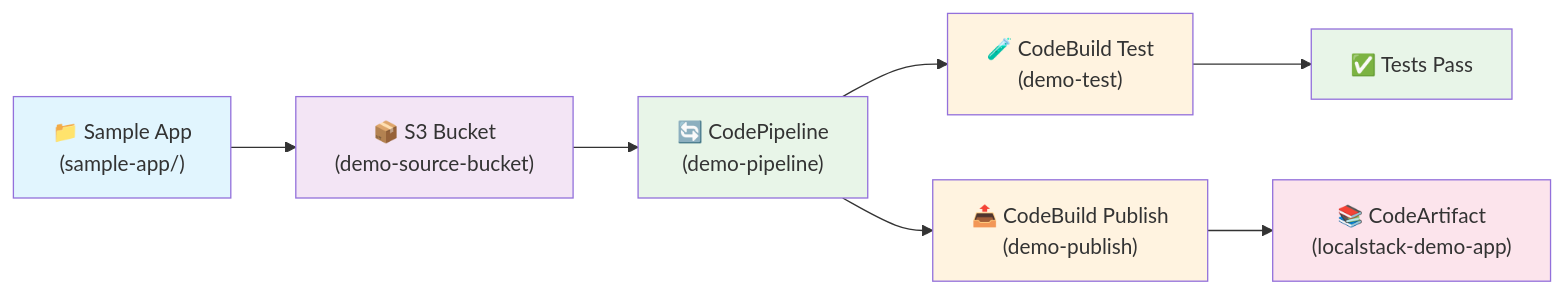
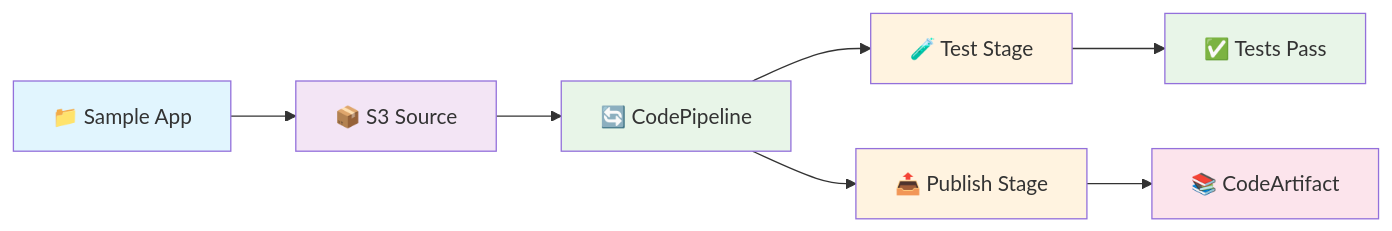
Before and after one commit to sachajw/flo-2025-localstack-aws-cicd-svcs: the diagram in README.md, drawn with Mermaid. The commit also changed other lines of this file and 20 other files, not shown here.

````diff
--- a/README.md
+++ b/README.md
@@ -155,17 +73,17 @@
 ```mermaid
 flowchart LR
-    A["📁 Sample App<br/>(sample-app/)"] --> B["📦 S3 Bucket<br/>(demo-source-bucket)"]
-    B --> C["🔄 CodePipeline<br/>(demo-pipeline)"]
-    C --> D["🧪 CodeBuild Test<br/>(demo-test)"]
-    C --> E["📤 CodeBuild Publish<br/>(demo-publish)"]
+    A["📁 Sample App"] --> B["📦 S3 Source"]
+    B --> C["🔄 CodePipeline"]
+    C --> D["🧪 Test Stage"]
+    C --> E["📤 Publish Stage"]
     D --> F["✅ Tests Pass"]
-    E --> G["📚 CodeArtifact<br/>(localstack-demo-app)"]
+    E --> G["📚 CodeArtifact"]
     
     style A fill:#e1f5fe
     style B fill:#f3e5f5
     style C fill:#e8f5e8
     style D fill:#fff3e0
     style E fill:#fff3e0
     style F fill:#e8f5e8
     style G fill:#fce4ec
 ```
````
